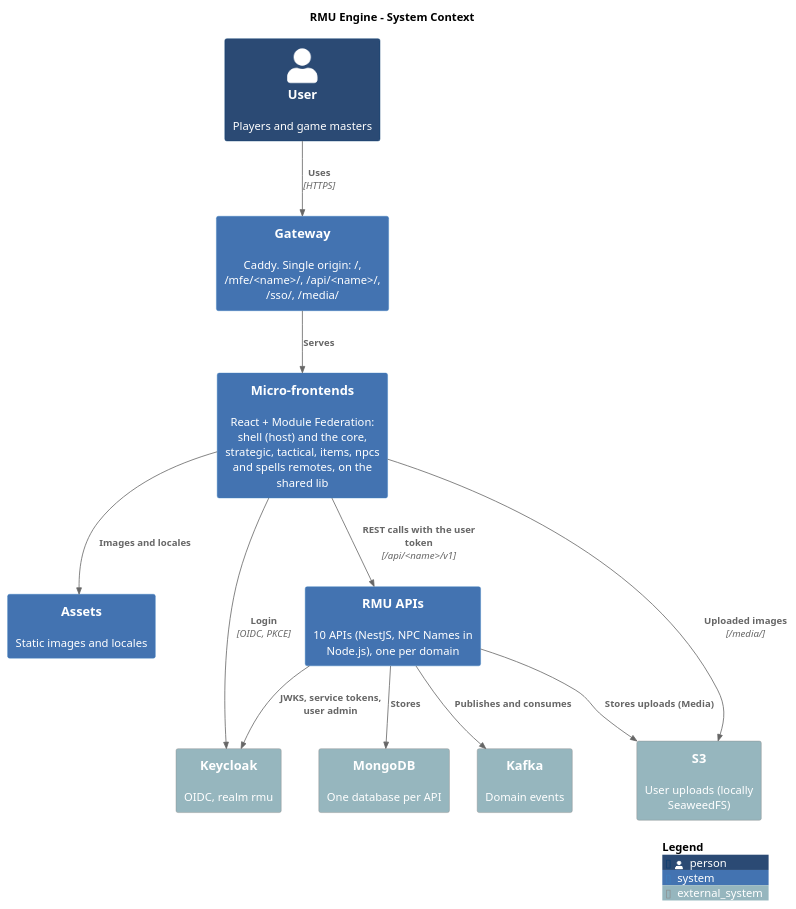
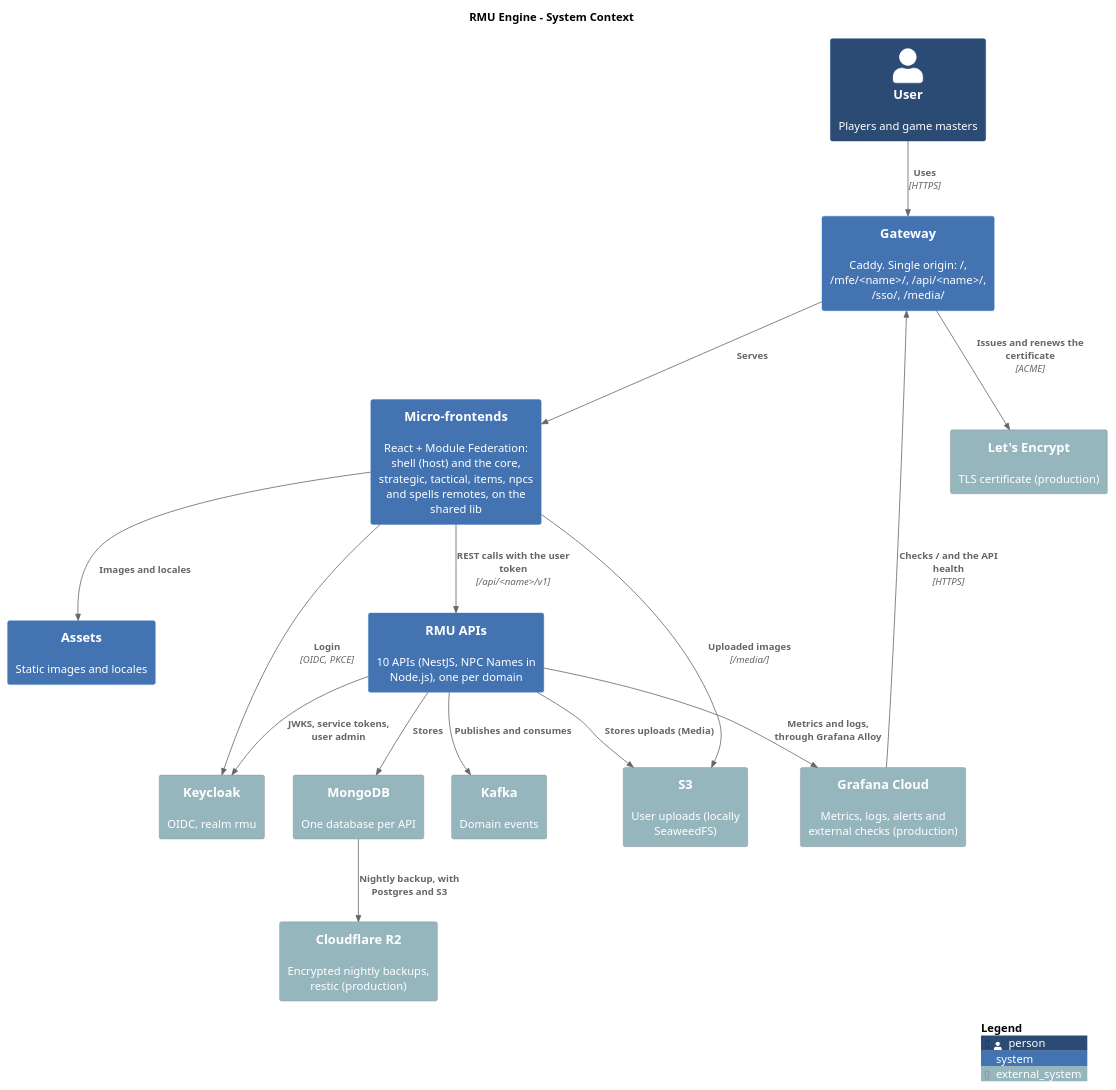
One commit to labcabrera/rmu-platform changed the diagram in docs/diagrams/c4-context.plantuml. Above: the diagram before and after it, drawn with PlantUML. The commit also changed 16 other files, not shown here.

Commit message:
feat: grafana alloy monitoring and restic backups for production (spec 103)

```diff
--- a/docs/diagrams/c4-context.plantuml
+++ b/docs/diagrams/c4-context.plantuml
@@ -1,35 +1,44 @@
 @startuml c4-context
 title RMU Engine - System Context
 
 !include https://raw.githubusercontent.com/plantuml-stdlib/C4-PlantUML/master/C4_Context.puml
 
 UpdateElementStyle(person, $bgColor="#2b4a74ff")
 UpdateElementStyle(system, $bgColor="#4373b1ff")
 UpdateElementStyle(external_system, $bgColor="#96b6beff")
 
 Person(user, "User", "Players and game masters")
 
 System(gateway, "Gateway", "Caddy. Single origin: /, /mfe/<name>/, /api/<name>/, /sso/, /media/")
 System(frontend, "Micro-frontends", "React + Module Federation: shell (host) and the core, strategic, tactical, items, npcs and spells remotes, on the shared lib")
 System(assets, "Assets", "Static images and locales")
 System(apis, "RMU APIs", "10 APIs (NestJS, NPC Names in Node.js), one per domain")
 
 System_Ext(keycloak, "Keycloak", "OIDC, realm rmu")
 System_Ext(mongodb, "MongoDB", "One database per API")
 System_Ext(kafka, "Kafka", "Domain events")
 System_Ext(s3, "S3", "User uploads (locally SeaweedFS)")
 
+System_Ext(letsencrypt, "Let's Encrypt", "TLS certificate (production)")
+System_Ext(grafana, "Grafana Cloud", "Metrics, logs, alerts and external checks (production)")
+System_Ext(r2, "Cloudflare R2", "Encrypted nightly backups, restic (production)")
+
 Rel(user, gateway, "Uses", "HTTPS")
 Rel(gateway, frontend, "Serves")
 Rel(frontend, apis, "REST calls with the user token", "/api/<name>/v1")
 Rel(frontend, keycloak, "Login", "OIDC, PKCE")
 Rel(frontend, assets, "Images and locales")
 Rel(frontend, s3, "Uploaded images", "/media/")
 
 Rel(apis, keycloak, "JWKS, service tokens, user admin")
 Rel(apis, mongodb, "Stores")
 Rel(apis, kafka, "Publishes and consumes")
 Rel(apis, s3, "Stores uploads (Media)")
 
+Rel(gateway, letsencrypt, "Issues and renews the certificate", "ACME")
+Rel(apis, grafana, "Metrics and logs, through Grafana Alloy")
+Rel(grafana, gateway, "Checks / and the API health", "HTTPS")
+Rel(mongodb, r2, "Nightly backup, with Postgres and S3")
+
 SHOW_LEGEND()
 @enduml
```
